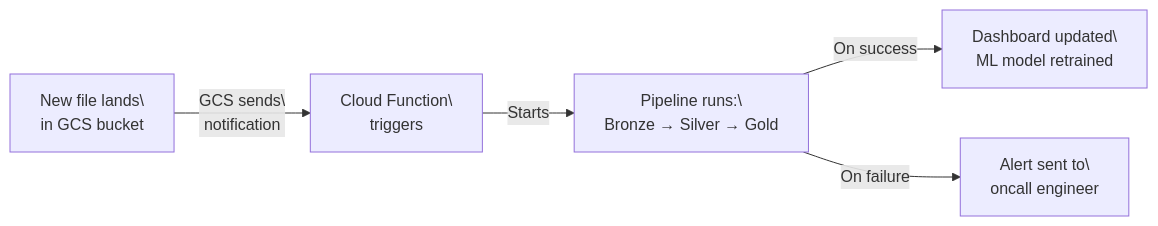
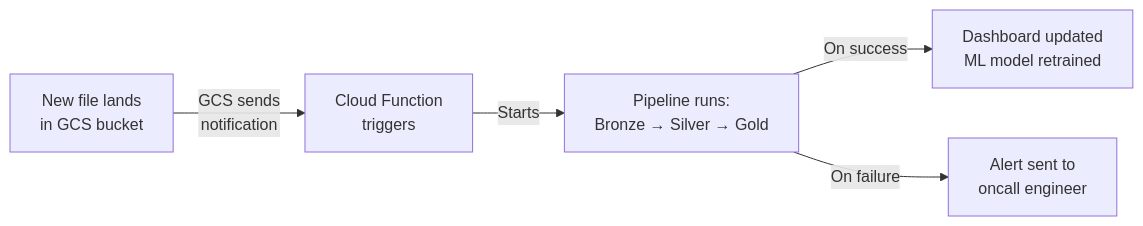
The first of 2 diagrams in playbooks/data/cloud-pipeline/04_Automation.md (sunilmogadati/systems-in-production), drawn with Mermaid before and after one commit. The commit also changed 24 other files, not shown here.

````diff
--- a/playbooks/data/cloud-pipeline/04_Automation.md
+++ b/playbooks/data/cloud-pipeline/04_Automation.md
@@ -25,7 +25,7 @@
 ```mermaid
 graph LR
-    A["New file lands\<br/>in GCS bucket"] -->|"GCS sends\<br/>notification"| B["Cloud Function\<br/>triggers"]
-    B -->|"Starts"| C["Pipeline runs:\<br/>Bronze → Silver → Gold"]
-    C -->|"On success"| D["Dashboard updated\<br/>ML model retrained"]
-    C -->|"On failure"| E["Alert sent to\<br/>oncall engineer"]
+    A["New file lands<br/>in GCS bucket"] -->|"GCS sends<br/>notification"| B["Cloud Function<br/>triggers"]
+    B -->|"Starts"| C["Pipeline runs:<br/>Bronze → Silver → Gold"]
+    C -->|"On success"| D["Dashboard updated<br/>ML model retrained"]
+    C -->|"On failure"| E["Alert sent to<br/>oncall engineer"]
 ```
````
